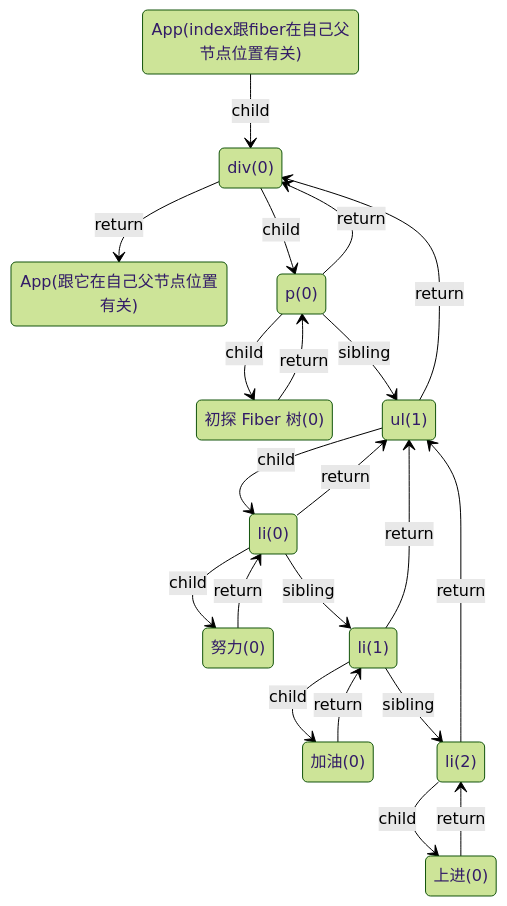
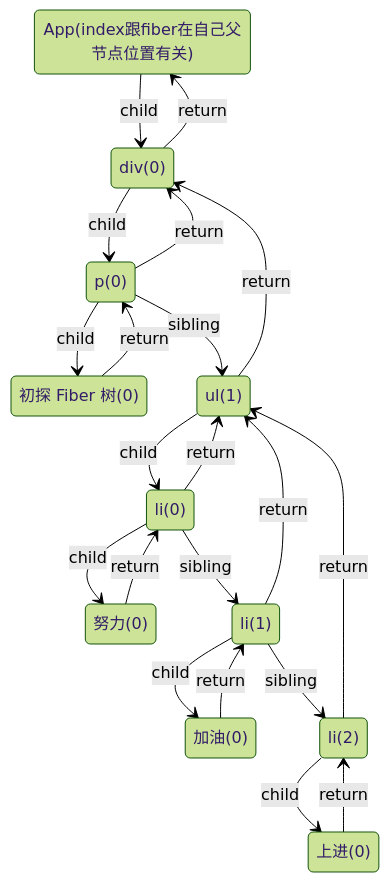
One commit to MrArky/ReactSourceCode changed the diagram in 学习手册/Reconciler（协调器）/Fiber树.md. Above: the diagram before and after it, drawn with Mermaid (forest theme).

Commit message:
Update Fiber树.md
修改 Fiber 树

````diff
--- a/学习手册/Reconciler（协调器）/Fiber树.md
+++ b/学习手册/Reconciler（协调器）/Fiber树.md
@@ -15,30 +15,30 @@
 ``` mermaid
   stateDiagram
   App(index跟fiber在自己父节点位置有关) --> div(0) : child
-  div(0) --> App(跟它在自己父节点位置有关) : return
+  div(0) --> App(index跟fiber在自己父节点位置有关) : return
   div(0) --> p(0) : child
   string1: 初探 Fiber 树(0)
   string2: 努力(0)
   string3: 加油(0)
   string4: 上进(0)
   li1 : li(0)
   li2 : li(1)
   li3 : li(2)
   p(0) --> string1 : child
   string1 --> p(0) : return
   p(0) --> ul(1) : sibling
   p(0) --> div(0) : return
   ul(1) --> li1 : child
   ul(1) --> div(0) : return
   li1 --> string2 : child
   li1 --> li2 : sibling
   li1 --> ul(1) : return
   string2 --> li1 : return
   li2 --> string3 : child
   li2 --> li3 : sibling
   li2 --> ul(1) : return
   string3 --> li2 : return
   li3 --> string4 : child
   li3 --> ul(1) : return
   string4 --> li3 : return
 ```
````
